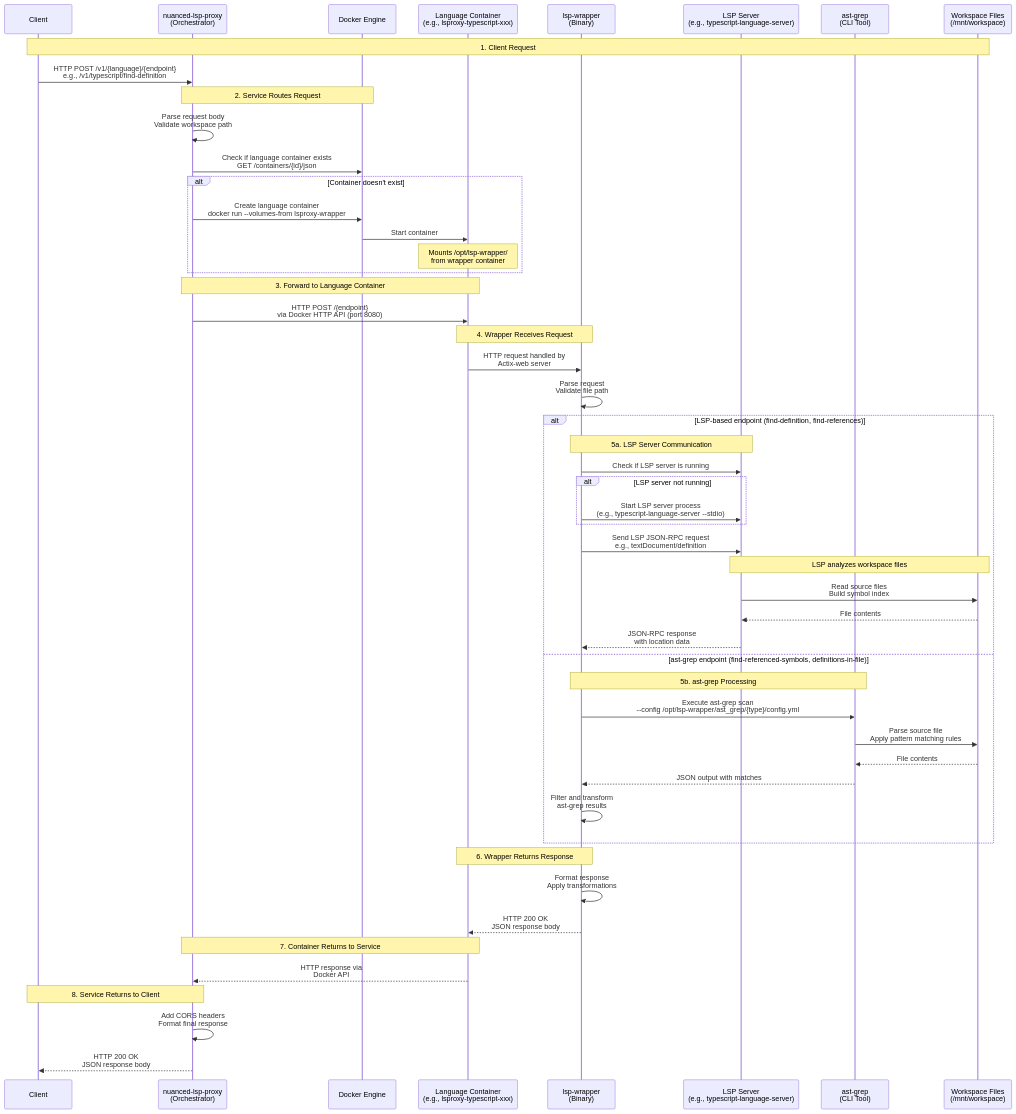
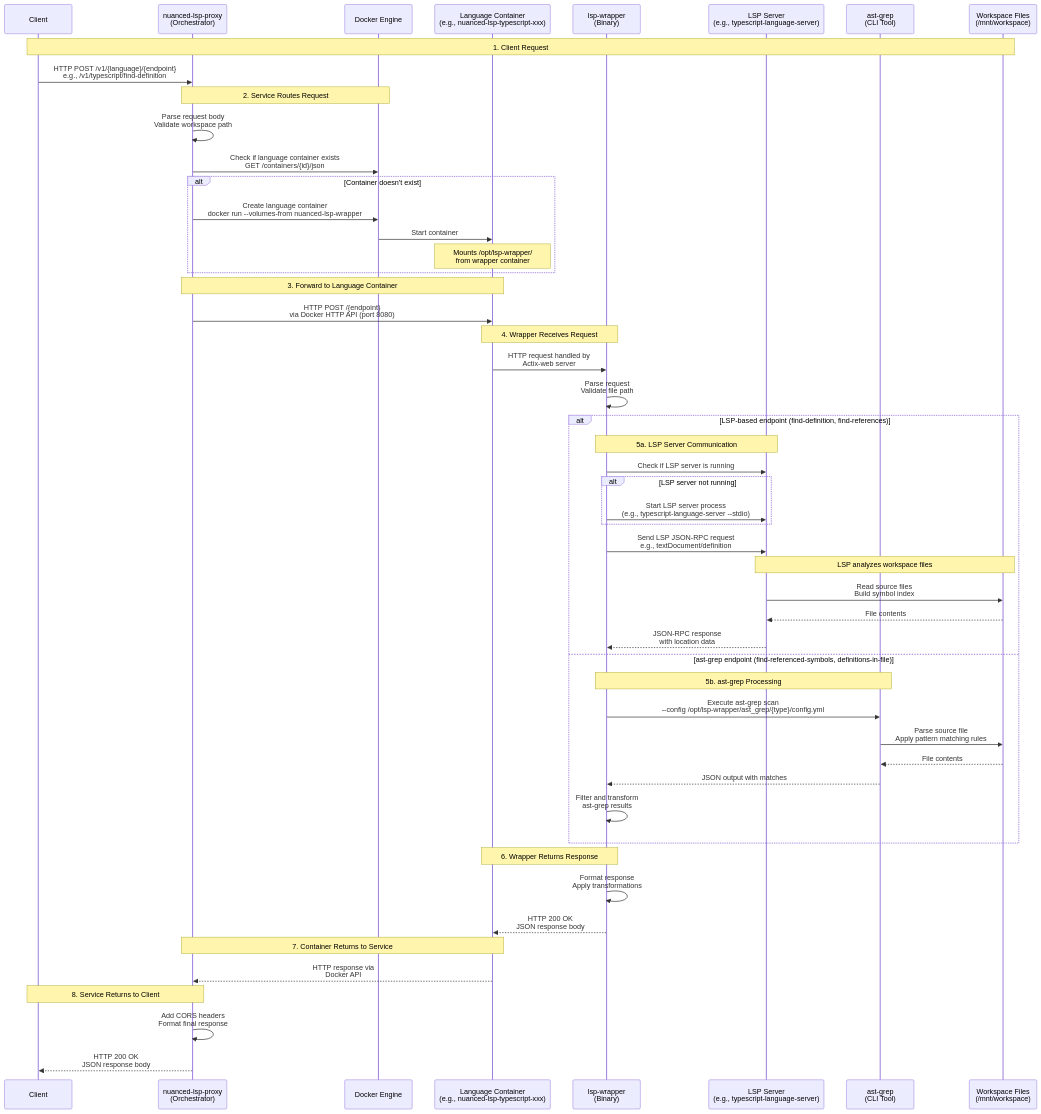
The diagram in docs/architecture.md (nuanced-dev/lsproxy), drawn with Mermaid before and after one commit. The commit also changed other lines of this file and 21 other files, not shown here.

Commit message:
Convert remaining mentions of lsproxy into nuanced-lsp names

````diff
--- a/docs/architecture.md
+++ b/docs/architecture.md
@@ -9,64 +9,64 @@
 ```mermaid
 sequenceDiagram
     participant Client
     participant Service as nuanced-lsp-proxy<br/>(Orchestrator)
     participant Docker as Docker Engine
-    participant LangContainer as Language Container<br/>(e.g., lsproxy-typescript-xxx)
+    participant LangContainer as Language Container<br/>(e.g., nuanced-lsp-typescript-xxx)
     participant Wrapper as lsp-wrapper<br/>(Binary)
     participant LSP as LSP Server<br/>(e.g., typescript-language-server)
     participant AstGrep as ast-grep<br/>(CLI Tool)
     participant Workspace as Workspace Files<br/>(/mnt/workspace)
 
     Note over Client,Workspace: 1. Client Request
     Client->>Service: HTTP POST /v1/{language}/{endpoint}<br/>e.g., /v1/typescript/find-definition
 
     Note over Service,Docker: 2. Service Routes Request
     Service->>Service: Parse request body<br/>Validate workspace path
     Service->>Docker: Check if language container exists<br/>GET /containers/{id}/json
 
     alt Container doesn't exist
-        Service->>Docker: Create language container<br/>docker run --volumes-from lsproxy-wrapper
+        Service->>Docker: Create language container<br/>docker run --volumes-from nuanced-lsp-wrapper
         Docker->>LangContainer: Start container
         Note over LangContainer: Mounts /opt/lsp-wrapper/<br/>from wrapper container
     end
 
     Note over Service,LangContainer: 3. Forward to Language Container
     Service->>LangContainer: HTTP POST /{endpoint}<br/>via Docker HTTP API (port 8080)
 
     Note over LangContainer,Wrapper: 4. Wrapper Receives Request
     LangContainer->>Wrapper: HTTP request handled by<br/>Actix-web server
     Wrapper->>Wrapper: Parse request<br/>Validate file path
 
     alt LSP-based endpoint (find-definition, find-references)
         Note over Wrapper,LSP: 5a. LSP Server Communication
         Wrapper->>LSP: Check if LSP server is running
         alt LSP server not running
             Wrapper->>LSP: Start LSP server process<br/>(e.g., typescript-language-server --stdio)
         end
 
         Wrapper->>LSP: Send LSP JSON-RPC request<br/>e.g., textDocument/definition
         Note over LSP,Workspace: LSP analyzes workspace files
         LSP->>Workspace: Read source files<br/>Build symbol index
         Workspace-->>LSP: File contents
         LSP-->>Wrapper: JSON-RPC response<br/>with location data
 
     else ast-grep endpoint (find-referenced-symbols, definitions-in-file)
         Note over Wrapper,AstGrep: 5b. ast-grep Processing
         Wrapper->>AstGrep: Execute ast-grep scan<br/>--config /opt/lsp-wrapper/ast_grep/{type}/config.yml
         AstGrep->>Workspace: Parse source file<br/>Apply pattern matching rules
         Workspace-->>AstGrep: File contents
         AstGrep-->>Wrapper: JSON output with matches
         Wrapper->>Wrapper: Filter and transform<br/>ast-grep results
     end
 
     Note over Wrapper,LangContainer: 6. Wrapper Returns Response
     Wrapper->>Wrapper: Format response<br/>Apply transformations
     Wrapper-->>LangContainer: HTTP 200 OK<br/>JSON response body
 
     Note over LangContainer,Service: 7. Container Returns to Service
     LangContainer-->>Service: HTTP response via<br/>Docker API
 
     Note over Service,Client: 8. Service Returns to Client
     Service->>Service: Add CORS headers<br/>Format final response
     Service-->>Client: HTTP 200 OK<br/>JSON response body
 ```
````
